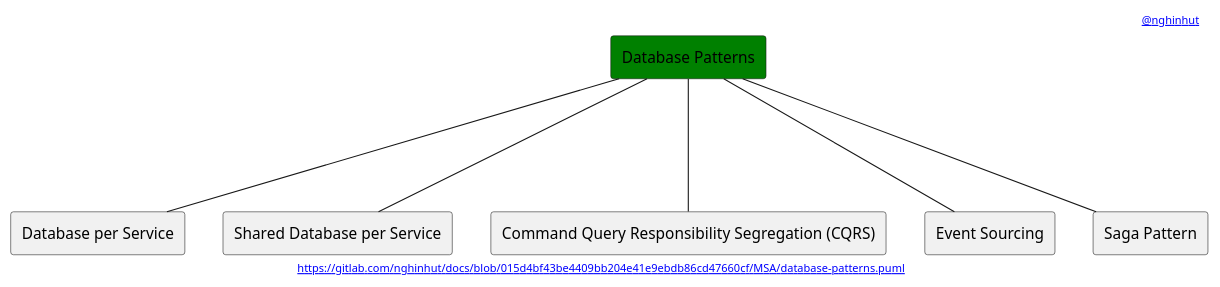
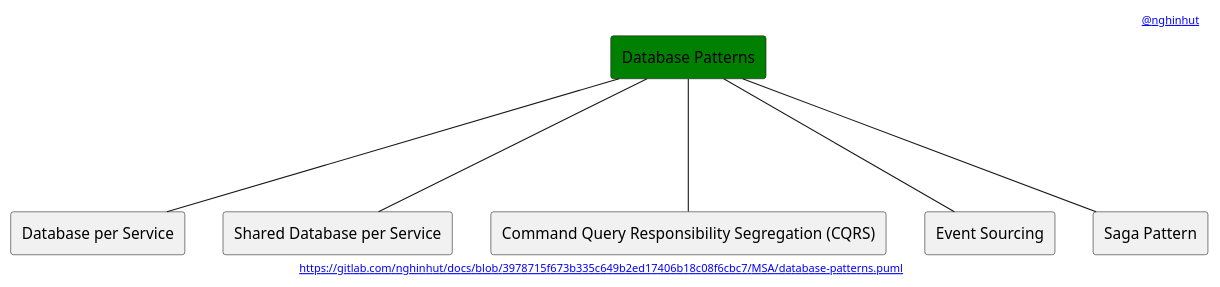
Before and after one commit to nghinhut/docs: the diagram in MSA/database-patterns.puml, drawn with PlantUML. The commit also changed 22 other files, not shown here.

Commit message:
Update diagrams

```diff
--- a/MSA/database-patterns.puml
+++ b/MSA/database-patterns.puml
@@ -1,20 +1,20 @@
 @startuml
 '-----START auto generated metadata please keep comment here to allow auto update-----
 '-----DON'T EDIT THIS SECTION, INSTEAD RE-RUN prebuild.sh TO UPDATE-----
-header [[https://www.nghinhut.dev?from=http%5C%3A%5C%2F%5C%2Fwww%5C.plantuml%5C.com%5C%2Fplantuml%5C%2Fproxy%3Ffmt%3Dsvg%5C%26src%3Dhttps%5C%3A%5C%2F%5C%2Fgitlab%5C.com%5C%2Fnghinhut%5C%2Fdocs%5C%2Fraw%5C%2F015d4bf43be4409bb204e41e9ebdb86cd47660cf%5C%2FMSA%5C%2Fdatabase-patterns%5C.puml%0A @nghinhut]]
-footer [[http://www.plantuml.com/plantuml/proxy?fmt=svg&src=https://gitlab.com/nghinhut/docs/raw/015d4bf43be4409bb204e41e9ebdb86cd47660cf/MSA/database-patterns.puml https://gitlab.com/nghinhut/docs/blob/015d4bf43be4409bb204e41e9ebdb86cd47660cf/MSA/database-patterns.puml]]
+header [[https://www.nghinhut.dev?from=http%5C%3A%5C%2F%5C%2Fwww%5C.plantuml%5C.com%5C%2Fplantuml%5C%2Fproxy%3Ffmt%3Dsvg%5C%26src%3Dhttps%5C%3A%5C%2F%5C%2Fgitlab%5C.com%5C%2Fnghinhut%5C%2Fdocs%5C%2Fraw%5C%2F3978715f673b335c649b2ed17406b18c08f6cbc7%5C%2FMSA%5C%2Fdatabase-patterns%5C.puml%0A @nghinhut]]
+footer [[http://www.plantuml.com/plantuml/proxy?fmt=svg&src=https://gitlab.com/nghinhut/docs/raw/3978715f673b335c649b2ed17406b18c08f6cbc7/MSA/database-patterns.puml https://gitlab.com/nghinhut/docs/blob/3978715f673b335c649b2ed17406b18c08f6cbc7/MSA/database-patterns.puml]]
 '-----END auto generated metadata please keep comment here to allow auto update-----
 
 rectangle "Database Patterns" as Database #green
 
 rectangle "Database per Service" as DatabaseP1
 rectangle "Shared Database per Service" as DatabaseP2
 rectangle "Command Query Responsibility Segregation (CQRS)" as DatabaseP3
 rectangle "Event Sourcing" as DatabaseP4
 rectangle "Saga Pattern" as DatabaseP5
 Database --- DatabaseP1
 Database --- DatabaseP2
 Database --- DatabaseP3
 Database --- DatabaseP4
 Database --- DatabaseP5
 @enduml
```
